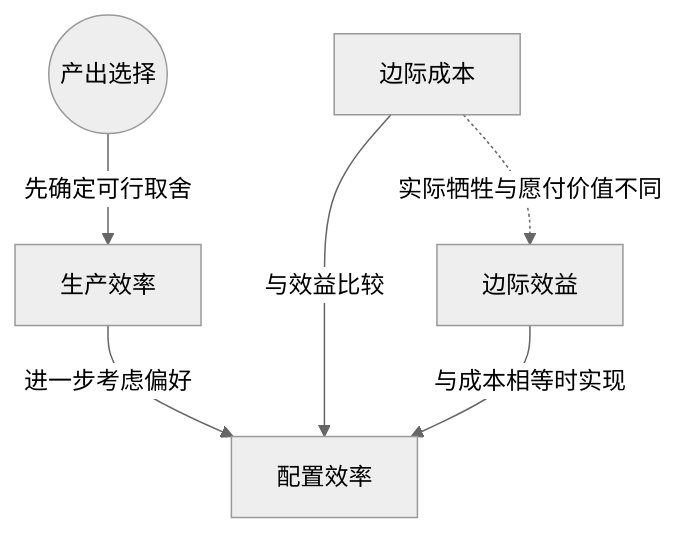
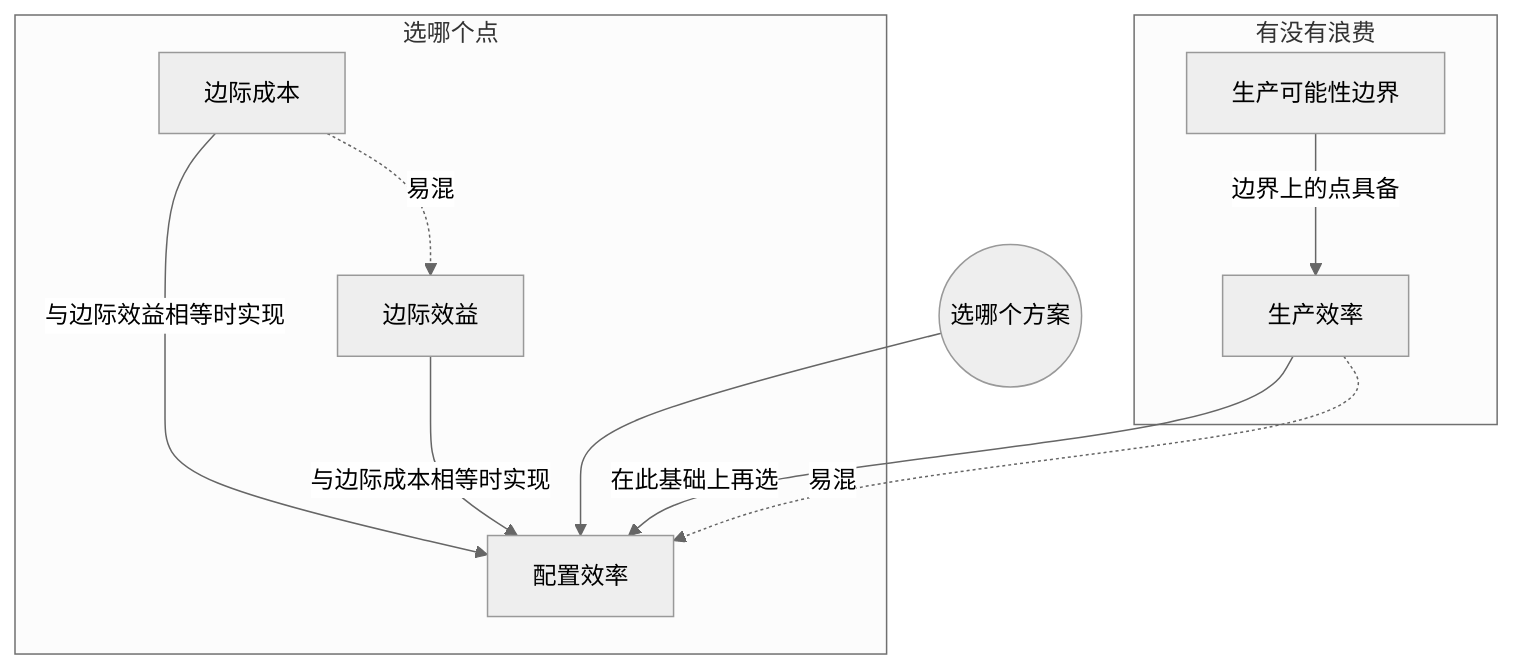
Before and after one commit to lucky-Luor/bilibili-douyin-notes: the diagram in examples/可汗微观经济学-前15集/notes/004-第4讲 配置效率和边际效益.md, drawn with Mermaid (neutral theme). The commit also changed other lines of this file and 18 other files, not shown here.

````diff
--- a/examples/可汗微观经济学-前15集/notes/004-第4讲 配置效率和边际效益.md
+++ b/examples/可汗微观经济学-前15集/notes/004-第4讲 配置效率和边际效益.md
@@ -49,8 +100,20 @@
 ```mermaid
 graph TD
-  R((产出选择)) -->|先确定可行取舍| P[生产效率]
-  P -->|进一步考虑偏好| A[配置效率]
-  C[边际成本] -->|与效益比较| A
-  B[边际效益] -->|与成本相等时实现| A
-  C -.->|实际牺牲与愿付价值不同| B
+  R((选哪个方案))
+  subgraph 有没有浪费
+    P[生产可能性边界]
+    PE[生产效率]
+  end
+  subgraph 选哪个点
+    MC[边际成本]
+    MB[边际效益]
+    AE[配置效率]
+  end
+  R --> AE
+  P -->|边界上的点具备| PE
+  PE -->|在此基础上再选| AE
+  MC -->|与边际效益相等时实现| AE
+  MB -->|与边际成本相等时实现| AE
+  MC -.->|易混| MB
+  PE -.->|易混| AE
 ```
````
